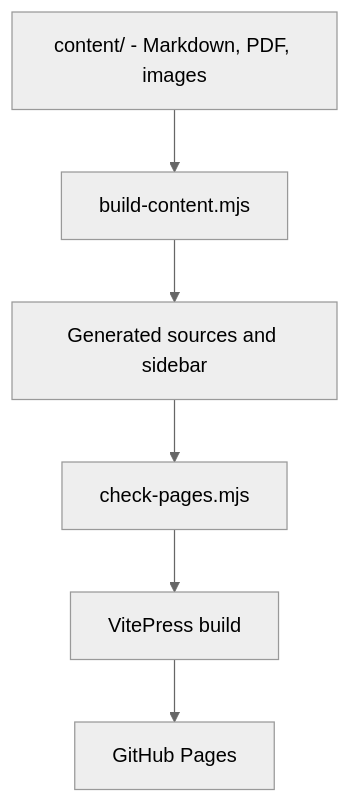
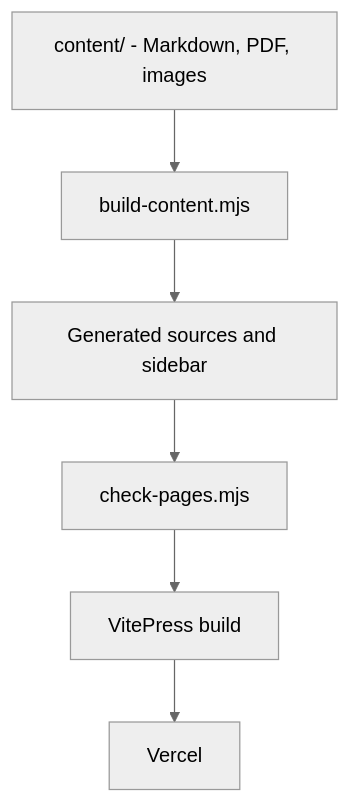
The diagram in res/doc/ARCHITECTURE.md (zouari-oss/hashhash-books), drawn with Mermaid (neutral theme) before and after one commit. The commit also changed other lines of this file and 10 other files, not shown here.

````diff
--- a/res/doc/ARCHITECTURE.md
+++ b/res/doc/ARCHITECTURE.md
@@ -22,8 +22,8 @@
 ```mermaid
 flowchart TD
     A[content/ - Markdown, PDF, images] --> B[build-content.mjs]
     B --> C[Generated sources and sidebar]
     C --> D[check-pages.mjs]
     D --> E[VitePress build]
-    E --> F[GitHub Pages]
+    E --> F[Vercel]
 ```
````
